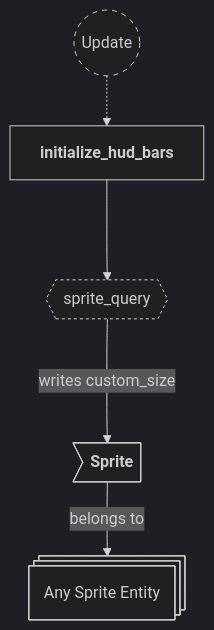
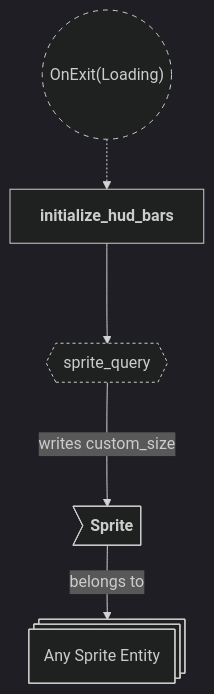
The ninth of 10 diagrams in backlog/docs/doc-3 - 001-Maps-plugin.md (neurosoup/tyled), drawn with Mermaid before and after one commit. The commit also changed other lines of this file and 9 other files, not shown here.

````diff
--- a/backlog/docs/doc-3 - 001-Maps-plugin.md
+++ b/backlog/docs/doc-3 - 001-Maps-plugin.md
@@ -438,24 +405,24 @@
 ```mermaid
 ---
 config:
   theme: dark
 ---
 
 flowchart TD
 classDef system-group stroke-dasharray: 5 5
 classDef query stroke-dasharray: 3 3
 
-update(("`Update`")):::system-group
+on_exit_loading(("`OnExit(Loading)`")):::system-group
 initialize_hud_bars["`**initialize_hud_bars**`"]
 
-update -.-> initialize_hud_bars
+on_exit_loading -.-> initialize_hud_bars
 
 sprite_query{{"`sprite_query`"}}:::query
 initialize_hud_bars ---> sprite_query
 
 sprite_entity@{ shape: st-rect, label: "Any Sprite Entity" }
 
 se_sprite>"`**Sprite**`"] --> |belongs to| sprite_entity
 
 sprite_query ---> |writes custom_size| se_sprite
 ```
````
